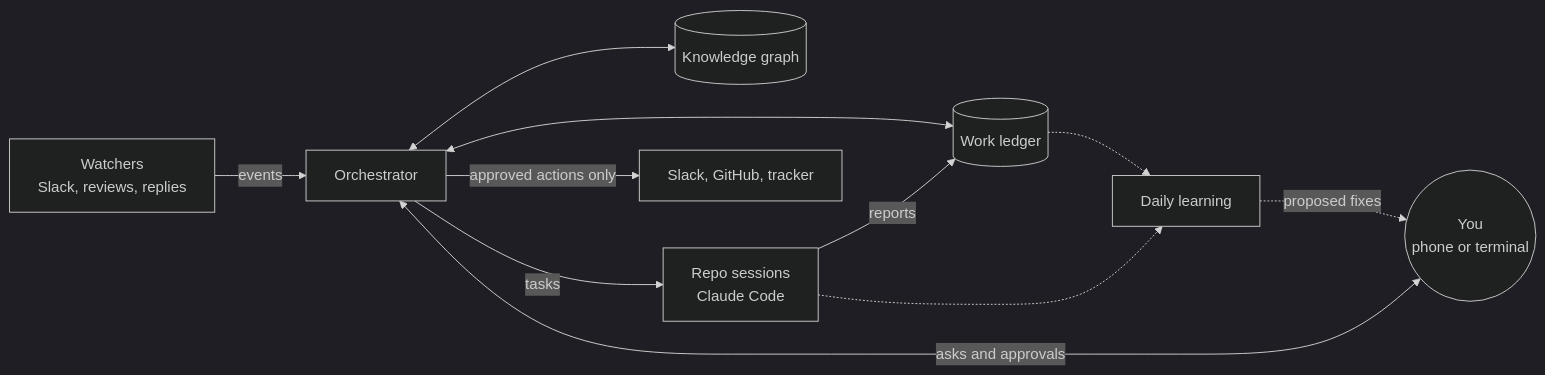
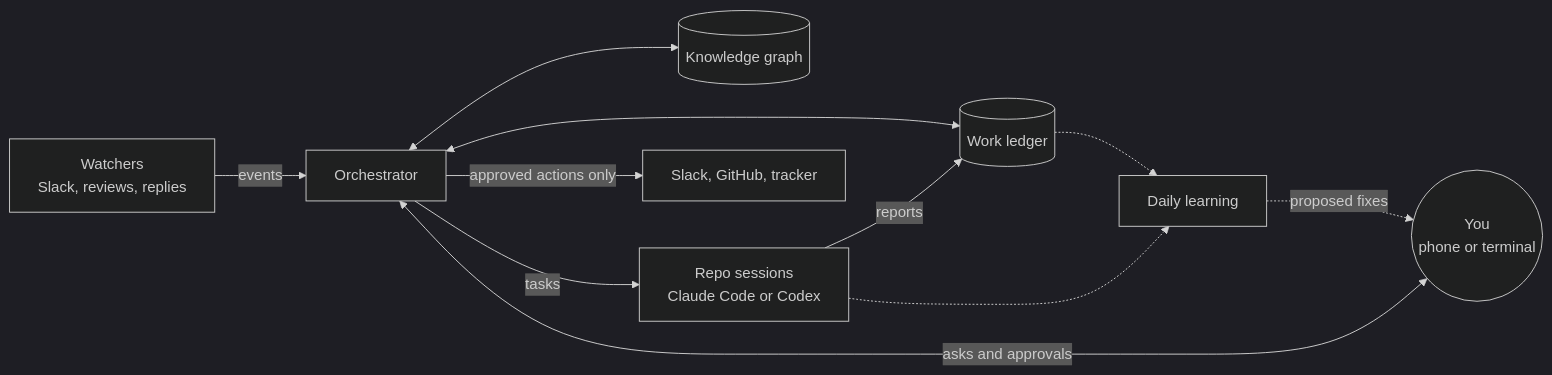
One commit to promptromp/bosun changed the diagram in README.md. Above: the diagram before and after it, drawn with Mermaid (dark theme). The commit also changed other lines of this file and 103 other files, not shown here.

First line of the commit message:
Run repo sessions on Codex, with one interface over both agents (#12)

````diff
--- a/README.md
+++ b/README.md
@@ -41,13 +41,13 @@
 ```mermaid
 flowchart LR
   watchers["Watchers<br/>Slack, reviews, replies"] -->|events| orch
   you(("You<br/>phone or terminal")) <-->|"asks and approvals"| orch["Orchestrator"]
   orch <--> ledger[("Work ledger")]
   orch <--> kg[("Knowledge graph")]
-  orch -->|tasks| repos["Repo sessions<br/>Claude Code"]
+  orch -->|tasks| repos["Repo sessions<br/>Claude Code or Codex"]
   repos -->|reports| ledger
   orch -->|"approved actions only"| world["Slack, GitHub, tracker"]
   ledger -.-> learn["Daily learning"]
   repos -.-> learn
   learn -.->|"proposed fixes"| you
 ```
````
